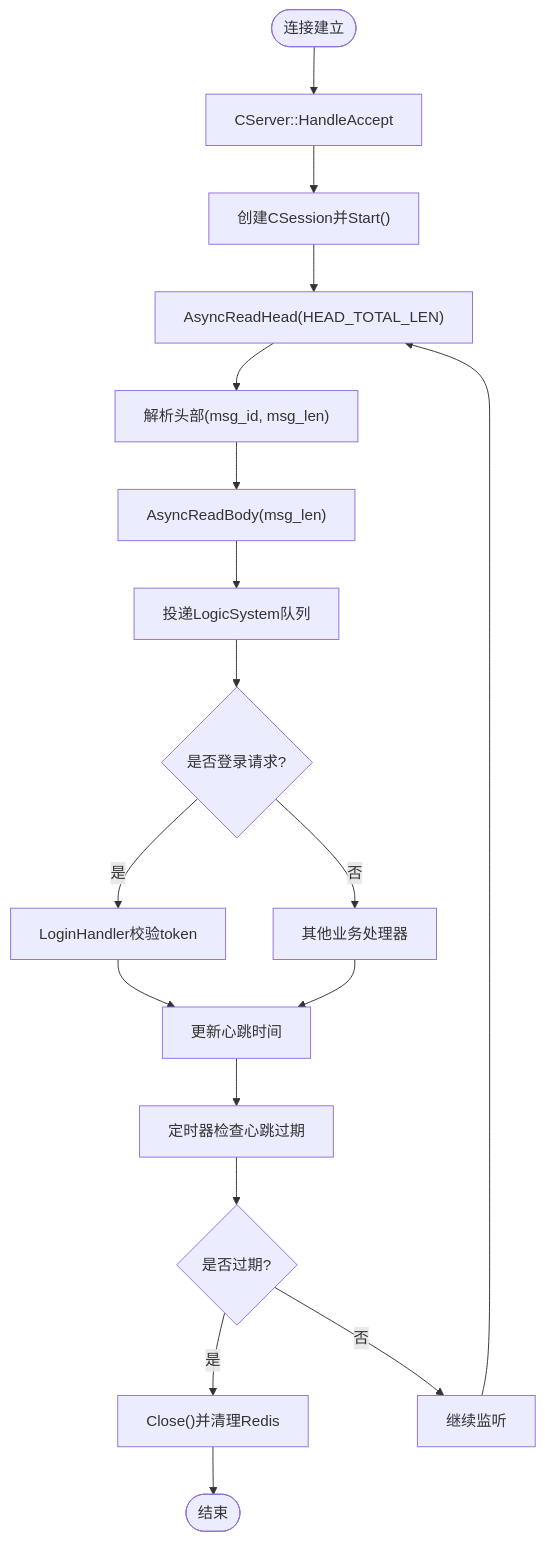
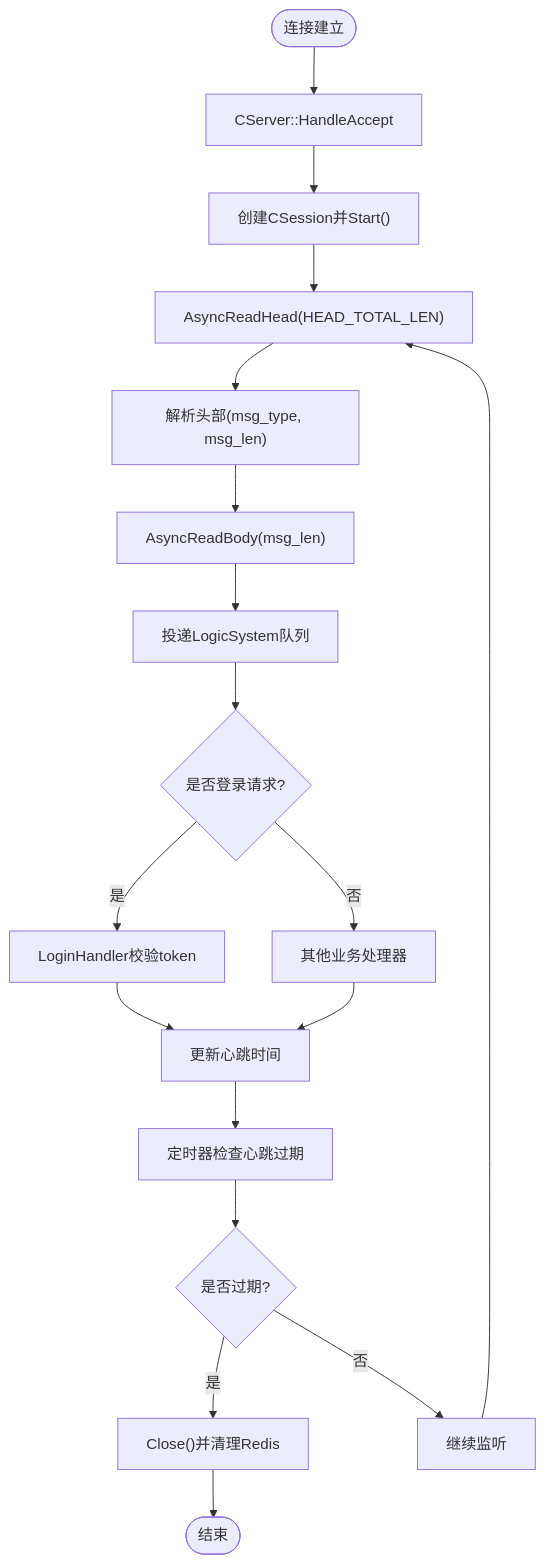
The fifth of 7 diagrams in .qoder/repowiki/zh/content/服务端开发/ChatServer聊天核心服务/会话管理/会话管理.md (echo9923/mychatter), drawn with Mermaid before and after one commit. The commit also changed other lines of this file and 128 other files, not shown here.

First line of the commit message:
refactor(protocol): TCP 帧头消息类型 msg_id 全局改名为 msg_type

````diff
--- a/.qoder/repowiki/zh/content/服务端开发/ChatServer聊天核心服务/会话管理/会话管理.md
+++ b/.qoder/repowiki/zh/content/服务端开发/ChatServer聊天核心服务/会话管理/会话管理.md
@@ -269,20 +269,20 @@
 ```mermaid
 flowchart TD
 Start(["连接建立"]) --> Accept["CServer::HandleAccept"]
 Accept --> CreateSession["创建CSession并Start()"]
 CreateSession --> ReadHead["AsyncReadHead(HEAD_TOTAL_LEN)"]
-ReadHead --> ParseHead["解析头部(msg_id, msg_len)"]
+ReadHead --> ParseHead["解析头部(msg_type, msg_len)"]
 ParseHead --> ReadBody["AsyncReadBody(msg_len)"]
 ReadBody --> PostLogic["投递LogicSystem队列"]
 PostLogic --> AuthCheck{"是否登录请求?"}
 AuthCheck --> |是| LoginHandler["LoginHandler校验token"]
 AuthCheck --> |否| OtherHandler["其他业务处理器"]
 LoginHandler --> Heartbeat["更新心跳时间"]
 OtherHandler --> Heartbeat
 Heartbeat --> TimerCheck["定时器检查心跳过期"]
 TimerCheck --> Expired{"是否过期?"}
 Expired --> |是| CloseSession["Close()并清理Redis"]
 Expired --> |否| Continue["继续监听"]
 CloseSession --> End(["结束"])
 Continue --> ReadHead
 ```
````
